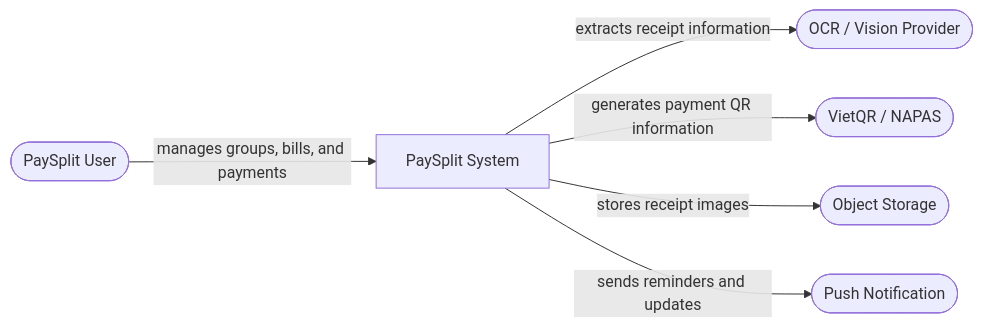
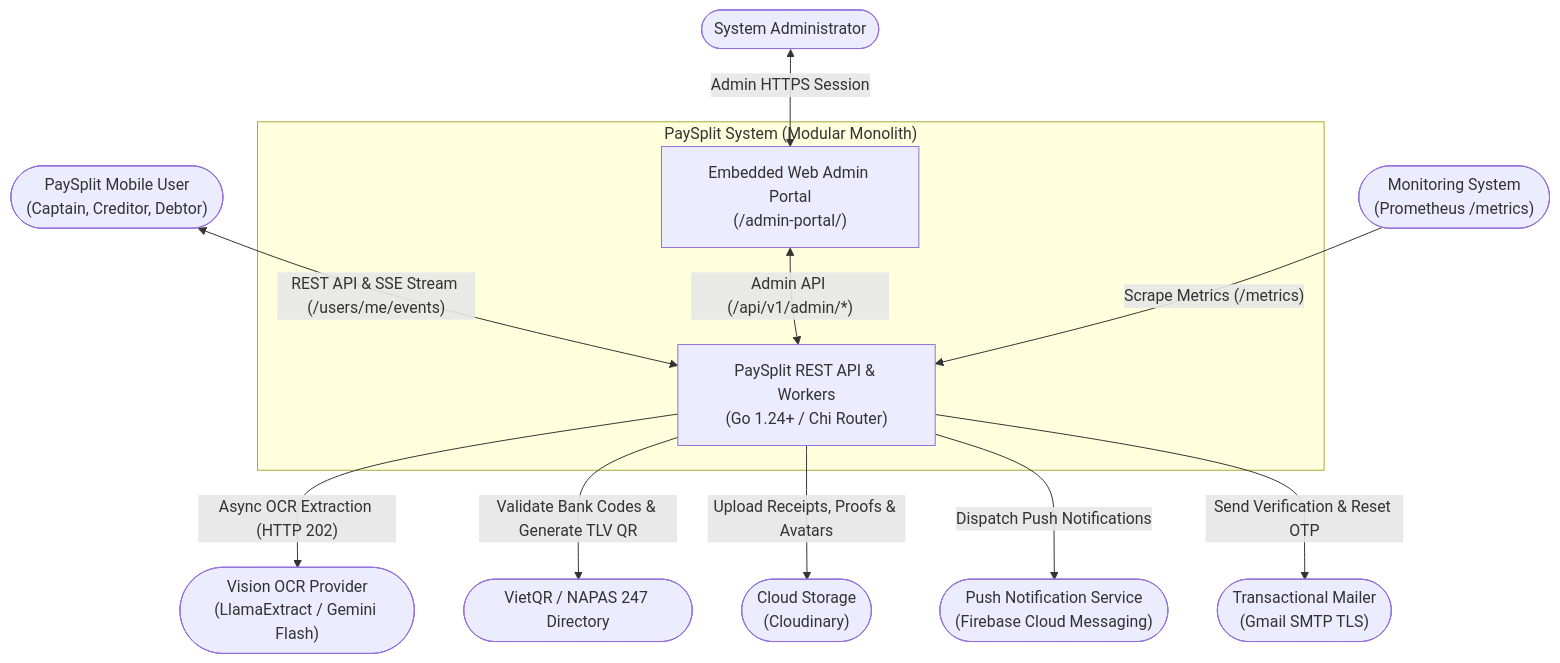
The first of 11 diagrams in TDD/Technical_Design_Document.md (FintechVSF-Tranning/PaySplit-RP), drawn with Mermaid before and after one commit. The commit also changed other lines of this file and 1 other file, not shown here.

````diff
--- a/TDD/Technical_Design_Document.md
+++ b/TDD/Technical_Design_Document.md
@@ -93,15 +92,28 @@
 ```mermaid
-flowchart LR
-    User(["PaySplit User"])
-    System["PaySplit System"]
-    OCR(["OCR / Vision Provider"])
-    VietQR(["VietQR / NAPAS"])
-    ObjStore(["Object Storage"])
-    PushNotif(["Push Notification"])
+flowchart TB
+    User(["PaySplit Mobile User<br/>(Captain, Creditor, Debtor)"])
+    AdminUser(["System Administrator"])
+    
+    subgraph PaySplitSystem ["PaySplit System (Modular Monolith)"]
+        API["PaySplit REST API & Workers<br/>(Go 1.24+ / Chi Router)"]
+        AdminPortal["Embedded Web Admin Portal<br/>(/admin-portal/)"]
+    end
+    
+    OCR(["Vision OCR Provider<br/>(LlamaExtract / Gemini Flash)"])
+    VietQR(["VietQR / NAPAS 247 Directory"])
+    ObjStore(["Cloud Storage<br/>(Cloudinary)"])
+    PushNotif(["Push Notification Service<br/>(Firebase Cloud Messaging)"])
+    SMTP(["Transactional Mailer<br/>(Gmail SMTP TLS)"])
+    Prometheus(["Monitoring System<br/>(Prometheus /metrics)"])
 
-    User -->|"manages groups, bills, and payments"| System
-    System -->|"extracts receipt information"| OCR
-    System -->|"generates payment QR information"| VietQR
-    System -->|"stores receipt images"| ObjStore
-    System -->|"sends reminders and updates"| PushNotif
+    User <-->|"REST API & SSE Stream (/users/me/events)"| API
+    AdminUser <-->|"Admin HTTPS Session"| AdminPortal
+    AdminPortal <-->|"Admin API (/api/v1/admin/*)"| API
+    
+    API -->|"Async OCR Extraction (HTTP 202)"| OCR
+    API -->|"Validate Bank Codes & Generate TLV QR"| VietQR
+    API -->|"Upload Receipts, Proofs & Avatars"| ObjStore
+    API -->|"Dispatch Push Notifications"| PushNotif
+    API -->|"Send Verification & Reset OTP"| SMTP
+    Prometheus -->|"Scrape Metrics (/metrics)"| API
 ```
````
